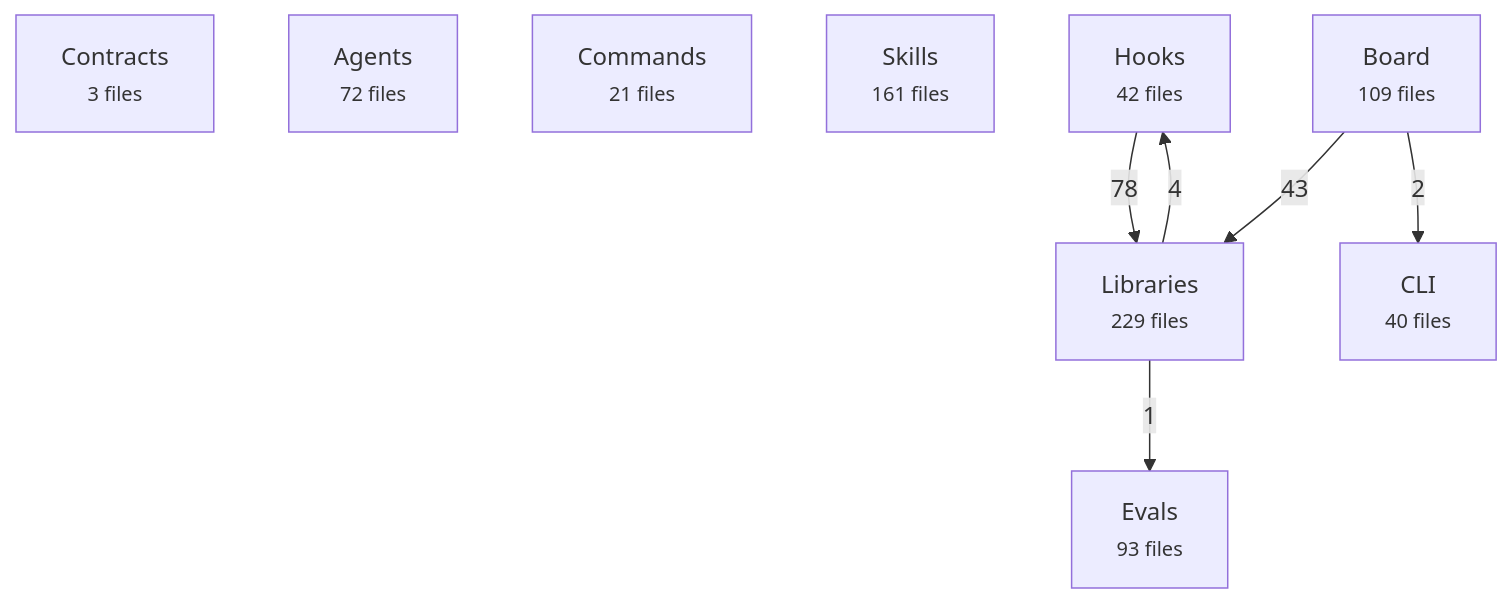
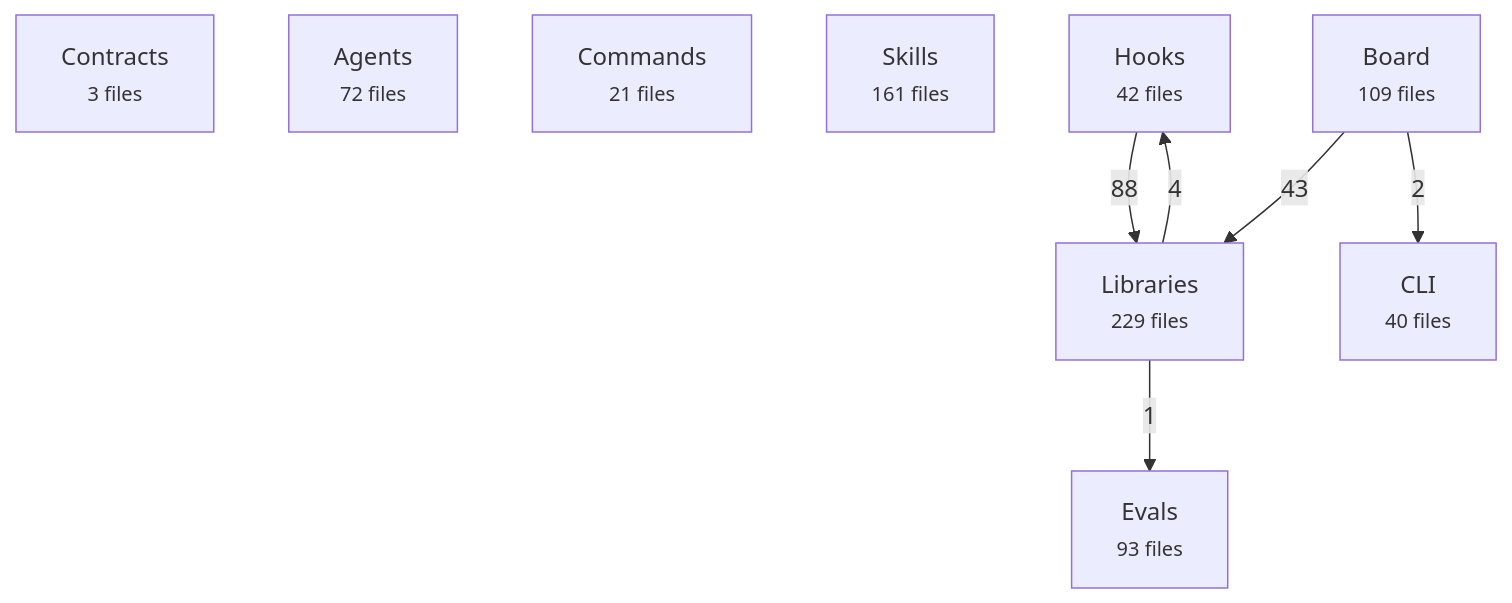
The first of 2 diagrams in docs/reference/architecture-map.md (avelikiy/great_cto), drawn with Mermaid before and after one commit. The commit also changed 27 other files, not shown here.

````diff
--- a/docs/reference/architecture-map.md
+++ b/docs/reference/architecture-map.md
@@ -20,17 +20,17 @@
 ```mermaid
 flowchart TD
   contracts["Contracts<br/><small>3 files</small>"]
   agents["Agents<br/><small>72 files</small>"]
   commands["Commands<br/><small>21 files</small>"]
   skills["Skills<br/><small>161 files</small>"]
   hooks["Hooks<br/><small>42 files</small>"]
   libs["Libraries<br/><small>229 files</small>"]
   board["Board<br/><small>109 files</small>"]
   cli["CLI<br/><small>40 files</small>"]
   evals["Evals<br/><small>93 files</small>"]
-  hooks -->|78| libs
+  hooks -->|88| libs
   board -->|43| libs
   libs -->|4| hooks
   board -->|2| cli
   libs -->|1| evals
 ```
````
